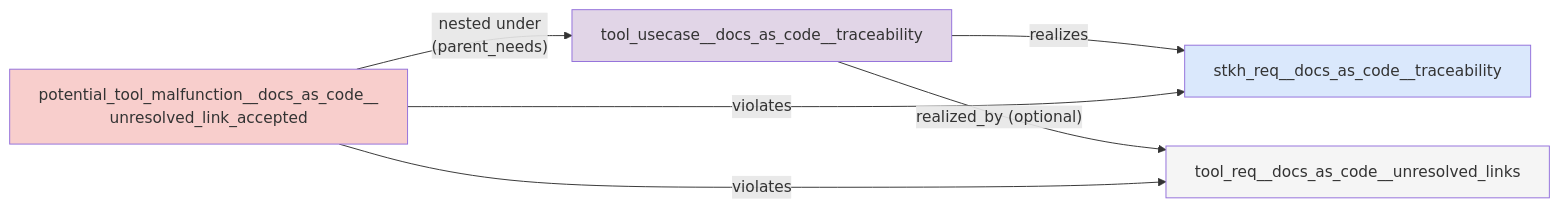
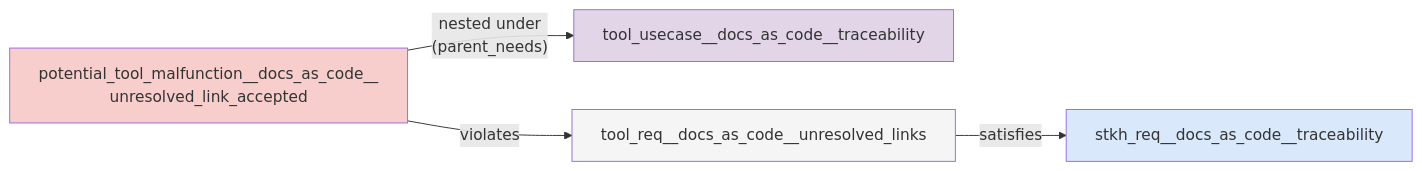
One commit to etas-contrib/score_docs-as-code changed diagram 11 of 15 in docs/how-to/perform_tool_verification.md. Above: the diagram before and after it, drawn with Mermaid. The commit also changed other lines of this file and 7 other files, not shown here.

````diff
--- a/docs/how-to/perform_tool_verification.md
+++ b/docs/how-to/perform_tool_verification.md
@@ -907,18 +912,16 @@
 ```{mermaid}
 flowchart LR
-    STKH["stkh_req__docs_as_code__traceability"]
+    UP["stkh_req__docs_as_code__traceability"]
     UC["tool_usecase__docs_as_code__traceability"]
     TR["tool_req__docs_as_code__unresolved_links"]
     PM["potential_tool_malfunction__docs_as_code__<br/>unresolved_link_accepted"]
 
-    UC -->|"realizes"| STKH
-    UC -->|"realized_by (optional)"| TR
     PM -->|"nested under<br/>(parent_needs)"| UC
-    PM -->|"violates"| STKH
     PM -->|"violates"| TR
+    TR -->|"satisfies"| UP
 
-    style STKH fill:#DAE8FC
+    style UP fill:#DAE8FC
     style UC fill:#E1D5E7
     style TR fill:#F5F5F5
     style PM fill:#F8CECC
 ```
````
